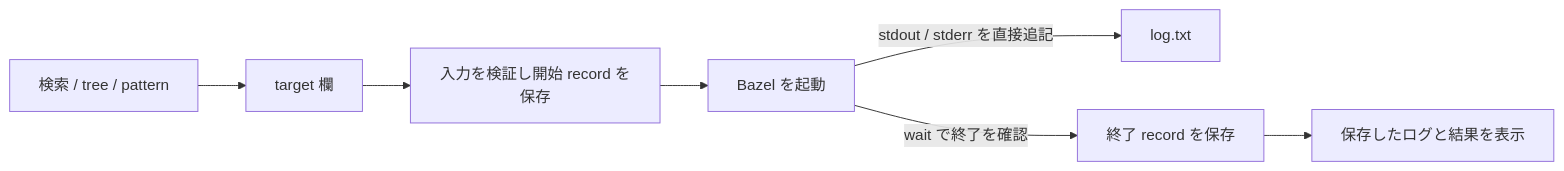
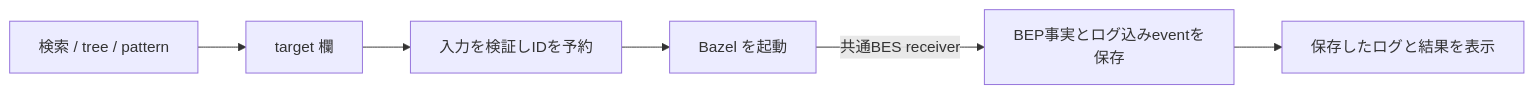
The diagram in docs/design/m3-find-and-run.md (OhataKenji/zeal), drawn with Mermaid before and after one commit. The commit also changed other lines of this file and 25 other files, not shown here.

````diff
--- a/docs/design/m3-find-and-run.md
+++ b/docs/design/m3-find-and-run.md
@@ -27,9 +25,8 @@
 ```mermaid
 flowchart LR
     pick["検索 / tree / pattern"] --> input["target 欄"]
-    input --> send["入力を検証し開始 record を保存"]
+    input --> send["入力を検証しIDを予約"]
     send --> bazel["Bazel を起動"]
-    bazel -->|"stdout / stderr を直接追記"| log["log.txt"]
-    bazel -->|"wait で終了を確認"| result["終了 record を保存"]
+    bazel -->|"共通BES receiver"| result["BEP事実とログ込みeventを保存"]
     result --> view["保存したログと結果を表示"]
 ```
````
